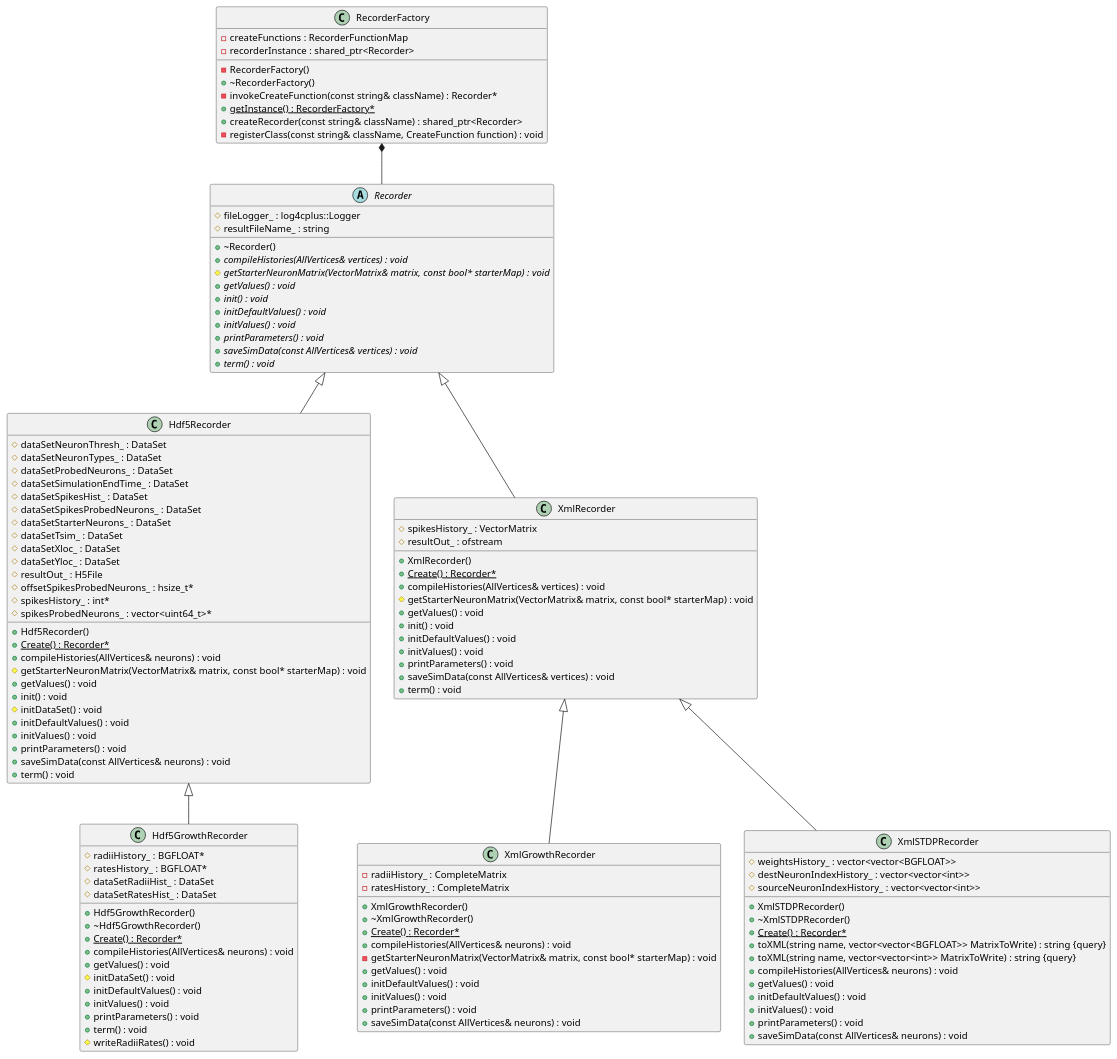
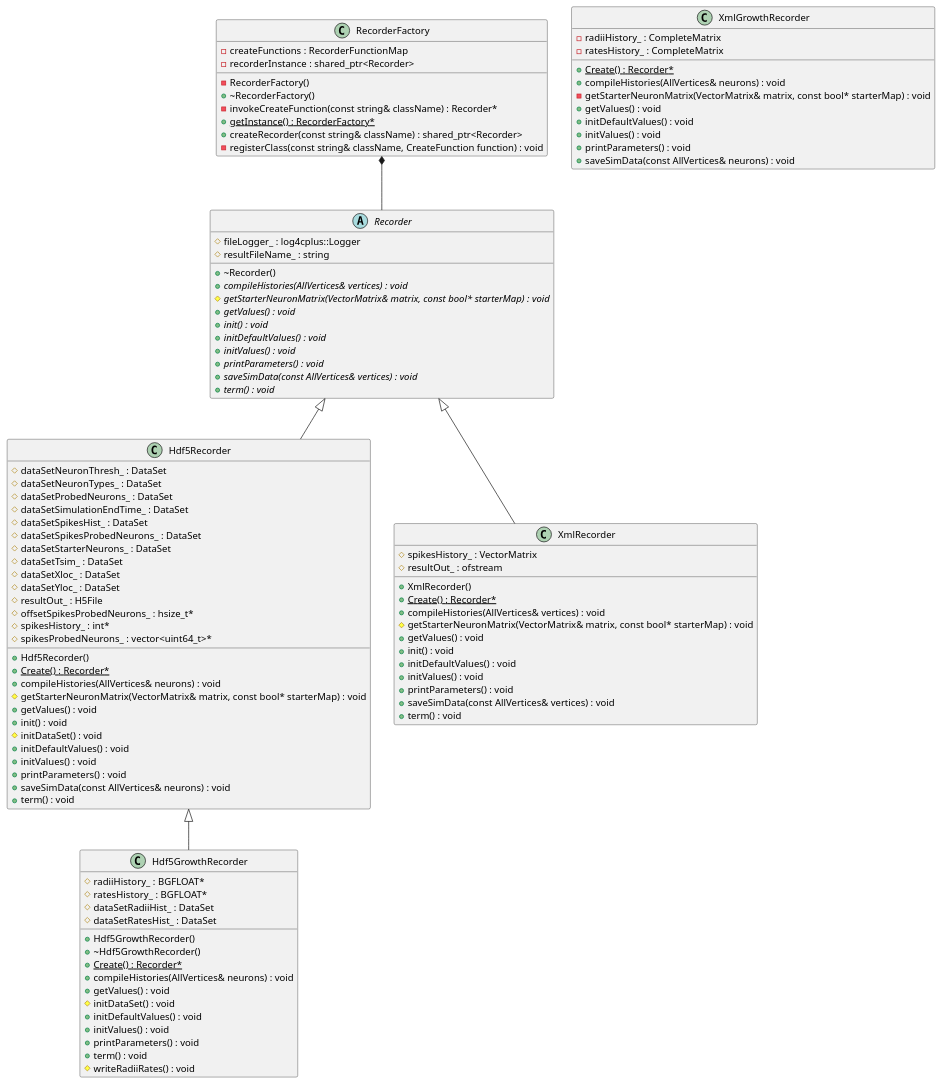
Before and after one commit to UWB-Biocomputing/Graphitti: the diagram in docs/Developer/ClassDiagrams/recorder.puml, drawn with PlantUML. The commit also changed 5 other files, not shown here.

```diff
--- a/docs/Developer/ClassDiagrams/recorder.puml
+++ b/docs/Developer/ClassDiagrams/recorder.puml
@@ -1,173 +1,142 @@
 @startuml RecorderClassDiagram
 
 
 
 
 
 /' Objects '/
 
 class Hdf5GrowthRecorder {
 	+Hdf5GrowthRecorder()
 	+~Hdf5GrowthRecorder()
 	#radiiHistory_ : BGFLOAT*
 	#ratesHistory_ : BGFLOAT*
 	#dataSetRadiiHist_ : DataSet
 	#dataSetRatesHist_ : DataSet
 	+{static} Create() : Recorder*
 	+compileHistories(AllVertices& neurons) : void
 	+getValues() : void
 	#initDataSet() : void
 	+initDefaultValues() : void
 	+initValues() : void
 	+printParameters() : void
 	+term() : void
 	#writeRadiiRates() : void
 }
 
 
 class Hdf5Recorder {
 	+Hdf5Recorder()
 	#dataSetNeuronThresh_ : DataSet
 	#dataSetNeuronTypes_ : DataSet
 	#dataSetProbedNeurons_ : DataSet
 	#dataSetSimulationEndTime_ : DataSet
 	#dataSetSpikesHist_ : DataSet
 	#dataSetSpikesProbedNeurons_ : DataSet
 	#dataSetStarterNeurons_ : DataSet
 	#dataSetTsim_ : DataSet
 	#dataSetXloc_ : DataSet
 	#dataSetYloc_ : DataSet
 	#resultOut_ : H5File
 	+{static} Create() : Recorder*
 	#offsetSpikesProbedNeurons_ : hsize_t*
 	#spikesHistory_ : int*
 	#spikesProbedNeurons_ : vector<uint64_t>*
 	+compileHistories(AllVertices& neurons) : void
 	#getStarterNeuronMatrix(VectorMatrix& matrix, const bool* starterMap) : void
 	+getValues() : void
 	+init() : void
 	#initDataSet() : void
 	+initDefaultValues() : void
 	+initValues() : void
 	+printParameters() : void
 	+saveSimData(const AllVertices& neurons) : void
 	+term() : void
 }
 
 
 abstract class Recorder {
 	+~Recorder()
 	#fileLogger_ : log4cplus::Logger
 	#resultFileName_ : string
 	+{abstract} compileHistories(AllVertices& vertices) : void
 	#{abstract} getStarterNeuronMatrix(VectorMatrix& matrix, const bool* starterMap) : void
 	+{abstract} getValues() : void
 	+{abstract} init() : void
 	+{abstract} initDefaultValues() : void
 	+{abstract} initValues() : void
 	+{abstract} printParameters() : void
 	+{abstract} saveSimData(const AllVertices& vertices) : void
 	+{abstract} term() : void
 }
 
 
 class RecorderFactory {
 	-RecorderFactory()
 	+~RecorderFactory()
 	-invokeCreateFunction(const string& className) : Recorder*
 	+{static} getInstance() : RecorderFactory*
 	-createFunctions : RecorderFunctionMap
 	+createRecorder(const string& className) : shared_ptr<Recorder>
 	-recorderInstance : shared_ptr<Recorder>
 	-registerClass(const string& className, CreateFunction function) : void
 }
 
 
 class XmlGrowthRecorder {
-	+XmlGrowthRecorder()
-	+~XmlGrowthRecorder()
 	-radiiHistory_ : CompleteMatrix
 	-ratesHistory_ : CompleteMatrix
 	+{static} Create() : Recorder*
 	+compileHistories(AllVertices& neurons) : void
 	-getStarterNeuronMatrix(VectorMatrix& matrix, const bool* starterMap) : void
 	+getValues() : void
 	+initDefaultValues() : void
 	+initValues() : void
 	+printParameters() : void
 	+saveSimData(const AllVertices& neurons) : void
 }
 
 
 class XmlRecorder {
 	+XmlRecorder()
 	+{static} Create() : Recorder*
 	#spikesHistory_ : VectorMatrix
 	#resultOut_ : ofstream
 	+compileHistories(AllVertices& vertices) : void
 	#getStarterNeuronMatrix(VectorMatrix& matrix, const bool* starterMap) : void
 	+getValues() : void
 	+init() : void
 	+initDefaultValues() : void
 	+initValues() : void
 	+printParameters() : void
 	+saveSimData(const AllVertices& vertices) : void
 	+term() : void
 }
 
 
-class XmlSTDPRecorder {
-	+XmlSTDPRecorder()
-	+~XmlSTDPRecorder()
-	+{static} Create() : Recorder*
-	+toXML(string name, vector<vector<BGFLOAT>> MatrixToWrite) : string {query}
-	+toXML(string name, vector<vector<int>> MatrixToWrite) : string {query}
-	#weightsHistory_ : vector<vector<BGFLOAT>>
-	#destNeuronIndexHistory_ : vector<vector<int>>
-	#sourceNeuronIndexHistory_ : vector<vector<int>>
-	+compileHistories(AllVertices& neurons) : void
-	+getValues() : void
-	+initDefaultValues() : void
-	+initValues() : void
-	+printParameters() : void
-	+saveSimData(const AllVertices& neurons) : void
-}
-
-
-
-
 
 /' Inheritance relationships '/
 
 .Hdf5Recorder <|-- .Hdf5GrowthRecorder
 
 
 .Recorder <|-- .Hdf5Recorder
 
 
 .Recorder <|-- .XmlRecorder
-
-
-.XmlRecorder <|-- .XmlGrowthRecorder
-
-
-.XmlRecorder <|-- .XmlSTDPRecorder
-
-
-
 
 
 /' Aggregation relationships '/
 
 .RecorderFactory *-- .Recorder
 
 
 
 
 
 
 /' Nested objects '/
 
 
 
 @enduml
```
